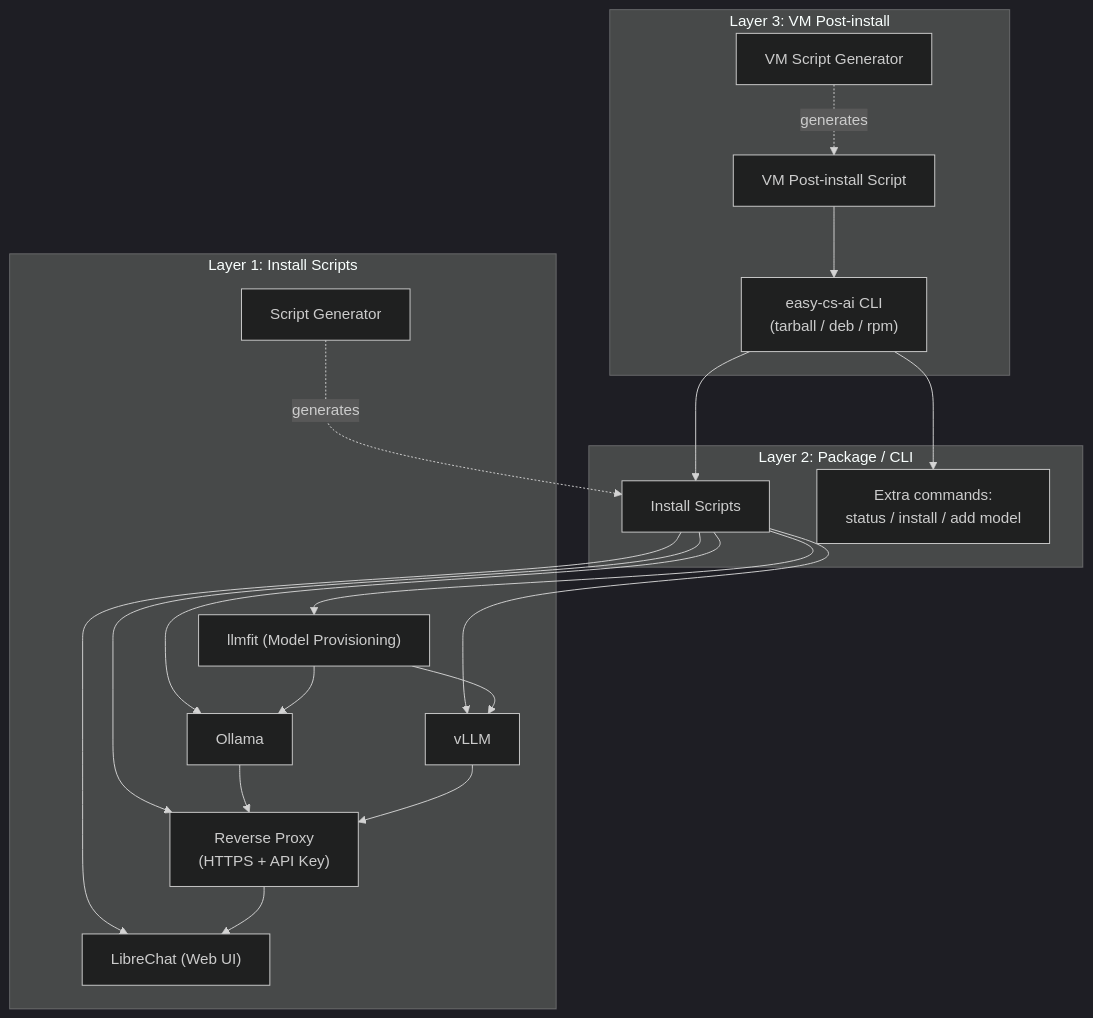
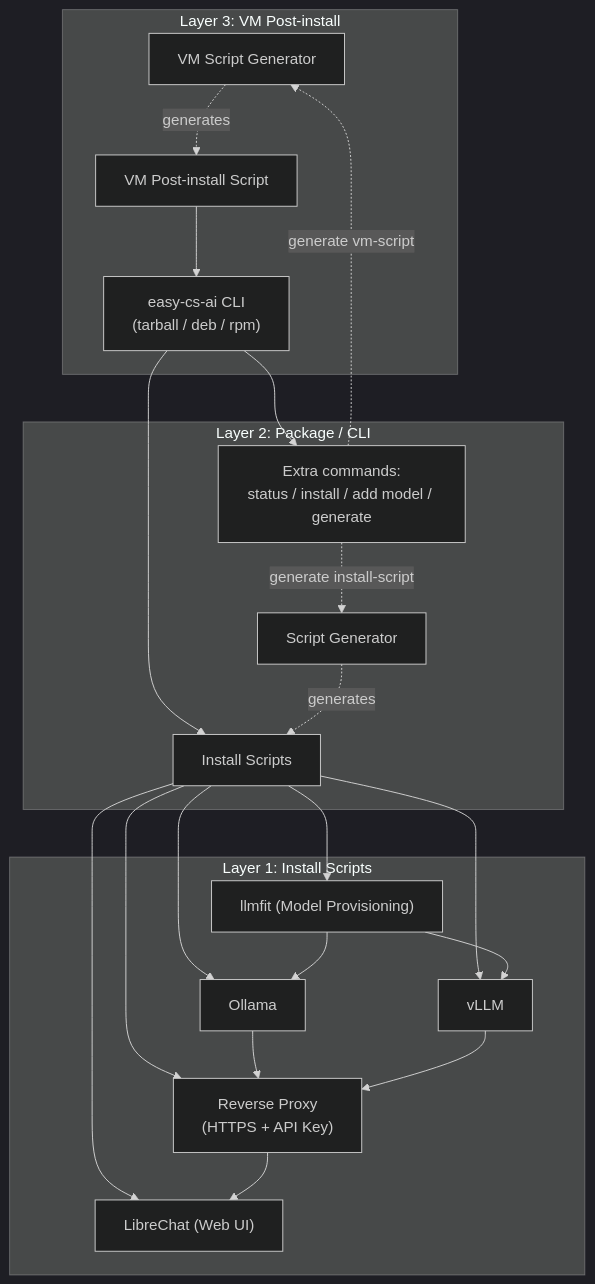
The diagram in README.md (Dimsi-BS/easy-cs-ai), drawn with Mermaid (dark theme) before and after one commit. The commit also changed other lines of this file and 2 other files, not shown here.

Commit message:
Fixed the architecture graph

````diff
--- a/README.md
+++ b/README.md
@@ -23,24 +23,26 @@
 ```mermaid
 graph TD
     subgraph L3["Layer 3: VM Post-install"]
         VMGen["VM Script Generator"] -.generates.-> VM["VM Post-install Script"]
         VM --> PKG
     end
     subgraph L2["Layer 2: Package / CLI"]
         PKG["easy-cs-ai CLI\n(tarball / deb / rpm)"] --> IS
-        PKG --> Extra["Extra commands:\nstatus / install / add model"]
+        PKG --> Extra["Extra commands:\nstatus / install / add model / generate"]
+        Extra -.generate install-script.-> ISGen
+        Extra -.generate vm-script.-> VMGen
     end
     subgraph L1["Layer 1: Install Scripts"]
         ISGen["Script Generator"] -.generates.-> IS["Install Scripts"]
         IS --> Ollama
         IS --> vLLM
         IS --> llmfit
         IS --> Proxy["Reverse Proxy\n(HTTPS + API Key)"]
         IS --> LibreChat
     end
     Ollama["Ollama"] --> Proxy
     vLLM["vLLM"] --> Proxy
     Proxy --> LibreChat["LibreChat (Web UI)"]
     llmfit["llmfit (Model Provisioning)"] --> Ollama
     llmfit --> vLLM
 ```
````
